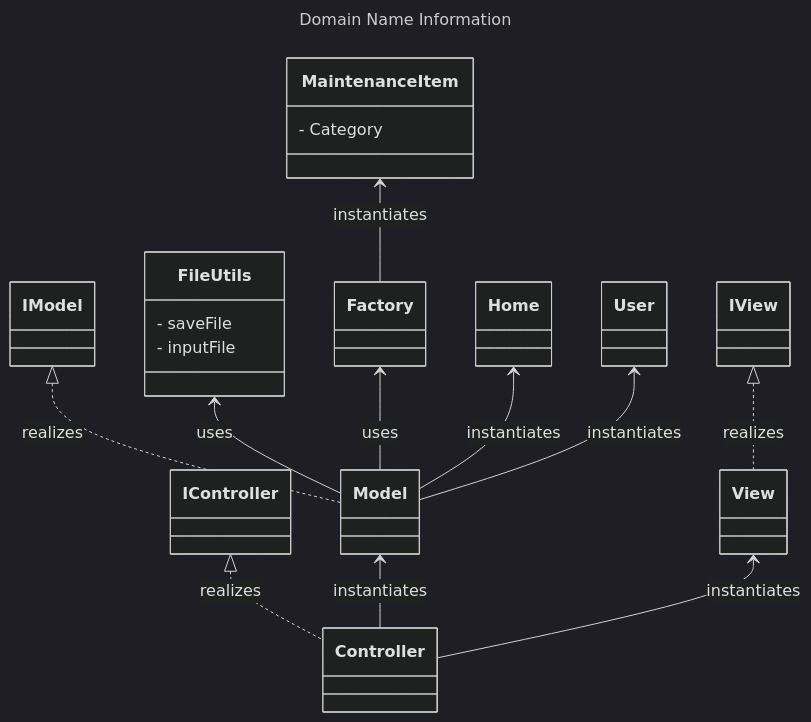
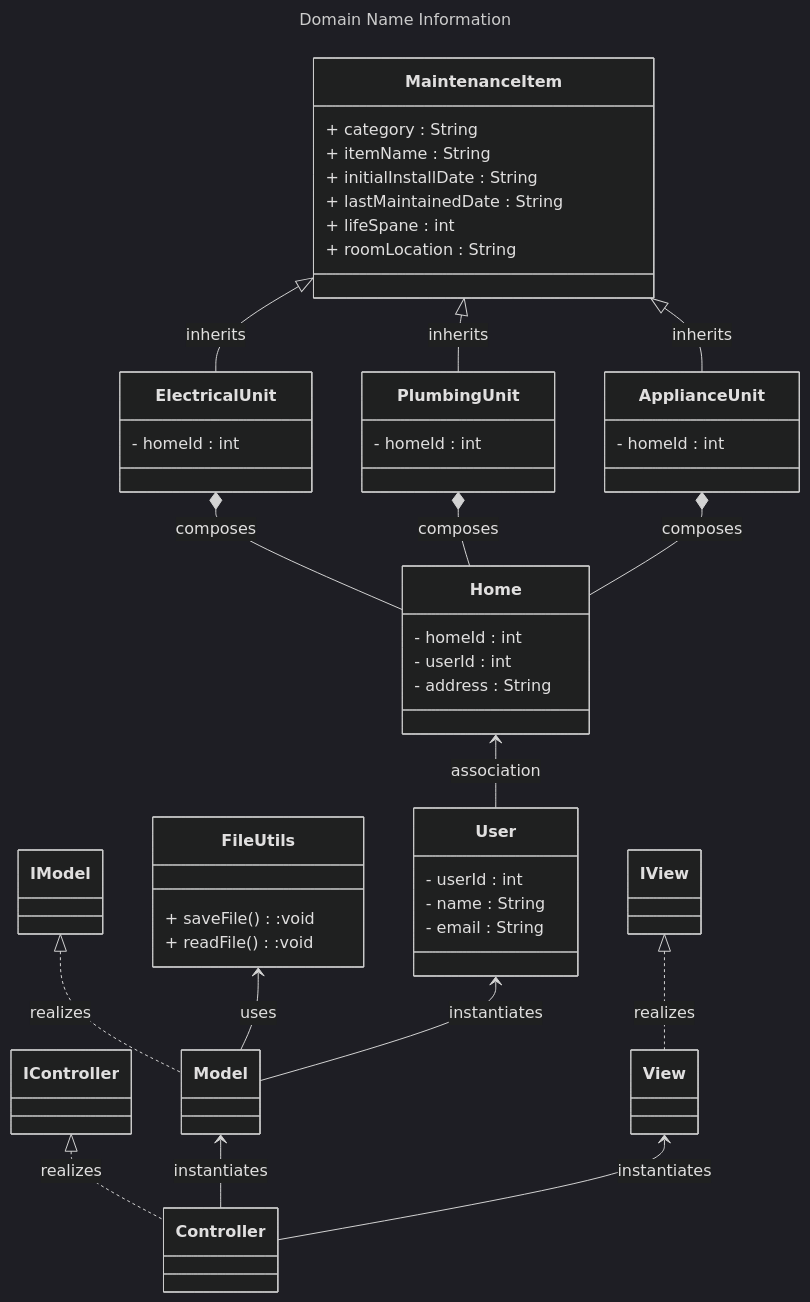
The diagram in DesignDocuments/DesignDocument.md (Sp25-CS5004-Online-Lionelle/final-project-group-4), drawn with Mermaid (dark theme) before and after one commit. The commit also changed 2 other files, not shown here.

Commit message:
initial design update to display superclass/subclass

````diff
--- a/DesignDocuments/DesignDocument.md
+++ b/DesignDocuments/DesignDocument.md
@@ -5,27 +5,63 @@
 ```mermaid
 ---
 title: Domain Name Information
 ---
 
 classDiagram
     direction TD
     IController <|.. Controller : realizes
     IView <|.. View : realizes
     IModel <|.. Model : realizes
     FileUtils <-- Model : uses
-    Factory <-- Model : uses
     Model <-- Controller : instantiates
     View <-- Controller : instantiates
-    MaintenanceItem <-- Factory : instantiates
-    Home <-- Model : instantiates
+    MaintenanceItem <|-- ElectricalUnit : inherits
+    MaintenanceItem <|-- PlumbingUnit : inherits
+    MaintenanceItem <|-- ApplianceUnit : inherits
+    ElectricalUnit *-- Home : composes
+    PlumbingUnit *-- Home : composes
+    ApplianceUnit *-- Home : composes
+    Home <-- User : association
     User <-- Model : instantiates
 
     class FileUtils {
-        - saveFile
-        - inputFile
+        + saveFile():void
+        + readFile():void
     }
 
     class MaintenanceItem {
-        - Category
+        + category : String
+        + itemName : String
+        + initialInstallDate : String
+        + lastMaintainedDate : String
+        + lifeSpane : int
+        + roomLocation : String
+    }
+
+    class ElectricalUnit {
+        - homeId : int
+
+    }
+
+    class PlumbingUnit {
+        - homeId : int
+
+    }
+
+    class ApplianceUnit {
+        - homeId : int
+
+    }
+
+    class User {
+        - userId : int
+        - name : String
+        - email : String
+    }
+
+    class Home {
+        - homeId : int
+        - userId : int
+        - address : String
     }
 ```
````
